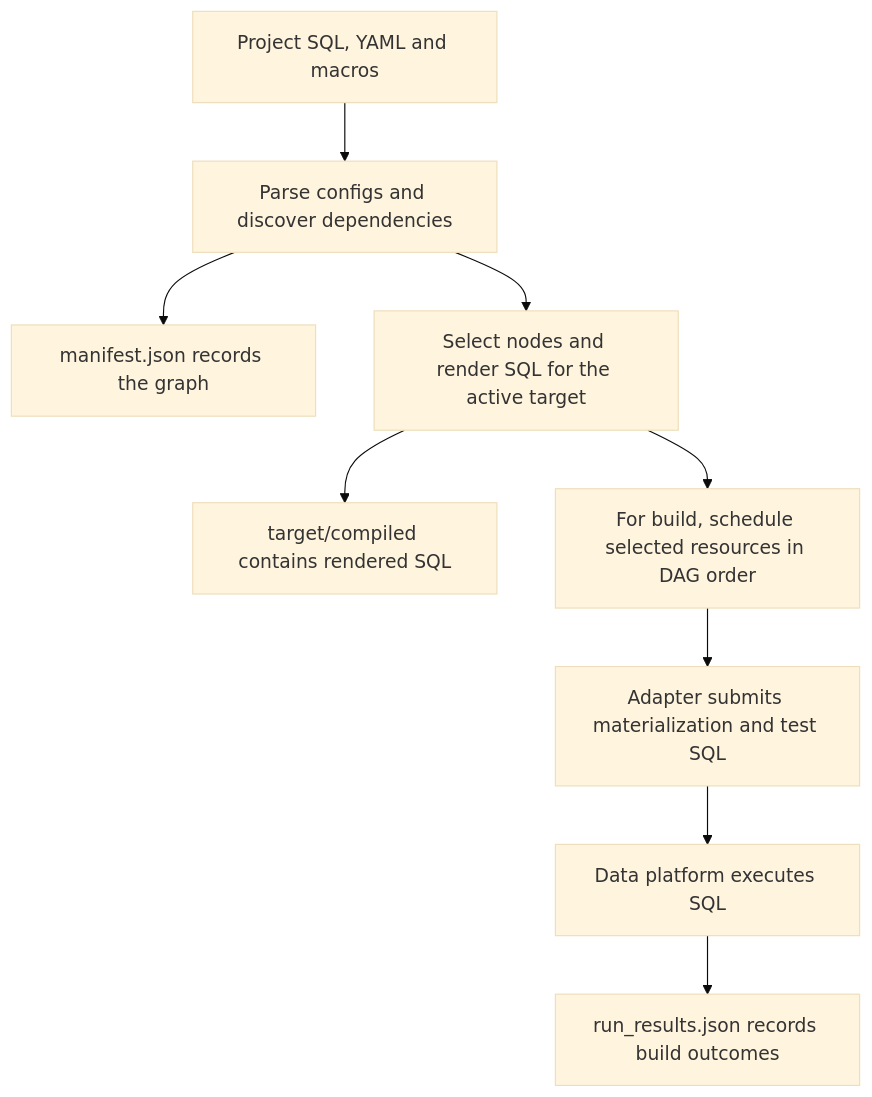
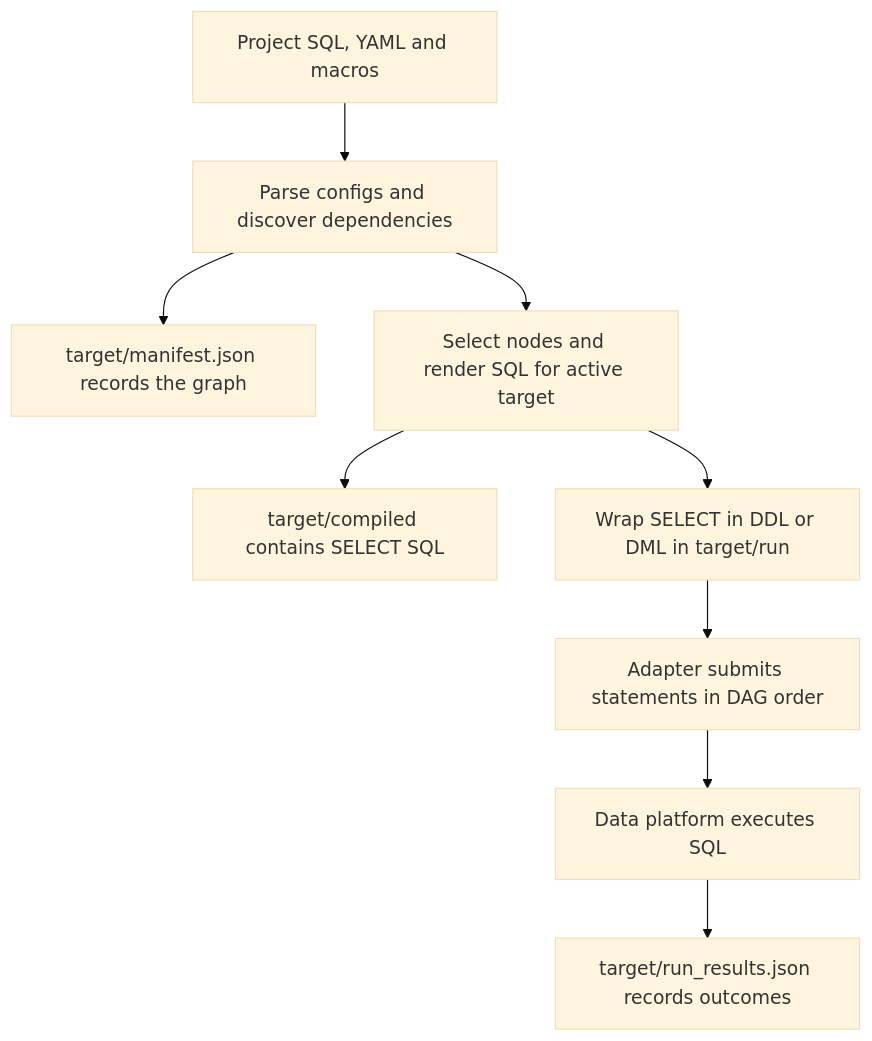
Before and after one commit to Rohit1024/dbt-learn: the diagram in docs/lessons/0002-dbt-core-v1-and-the-parse-to-run-lifecycle.md, drawn with Mermaid (base theme). The commit also changed other lines of this file and 44 other files, not shown here.

````diff
--- a/docs/lessons/0002-dbt-core-v1-and-the-parse-to-run-lifecycle.md
+++ b/docs/lessons/0002-dbt-core-v1-and-the-parse-to-run-lifecycle.md
@@ -5,11 +9,11 @@
 ```mermaid
 flowchart TD
     A["Project SQL, YAML and macros"] --> B["Parse configs and discover dependencies"]
-    B --> M["manifest.json records the graph"]
-    B --> C["Select nodes and render SQL for the active target"]
-    C --> S["target/compiled contains rendered SQL"]
-    C --> D["For build, schedule selected resources in DAG order"]
-    D --> E["Adapter submits materialization and test SQL"]
+    B --> M["target/manifest.json records the graph"]
+    B --> C["Select nodes and render SQL for active target"]
+    C --> S["target/compiled contains SELECT SQL"]
+    C --> D["Wrap SELECT in DDL or DML in target/run"]
+    D --> E["Adapter submits statements in DAG order"]
     E --> F["Data platform executes SQL"]
-    F --> R["run_results.json records build outcomes"]
+    F --> R["target/run_results.json records outcomes"]
 ```
````
